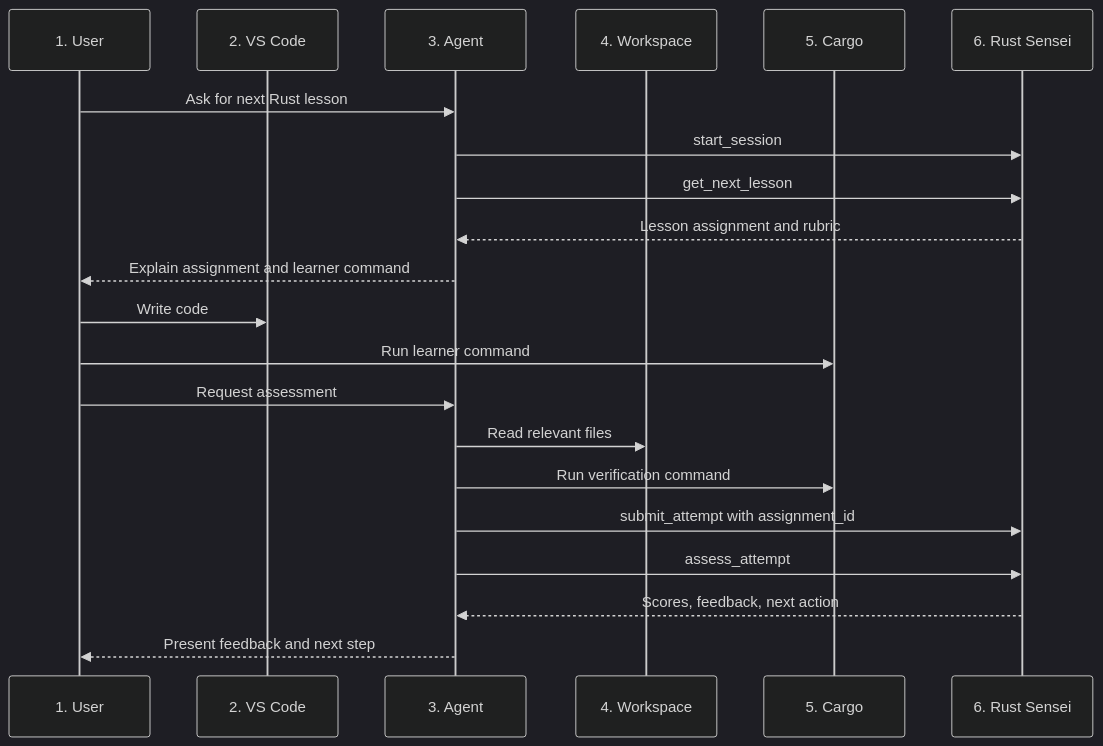
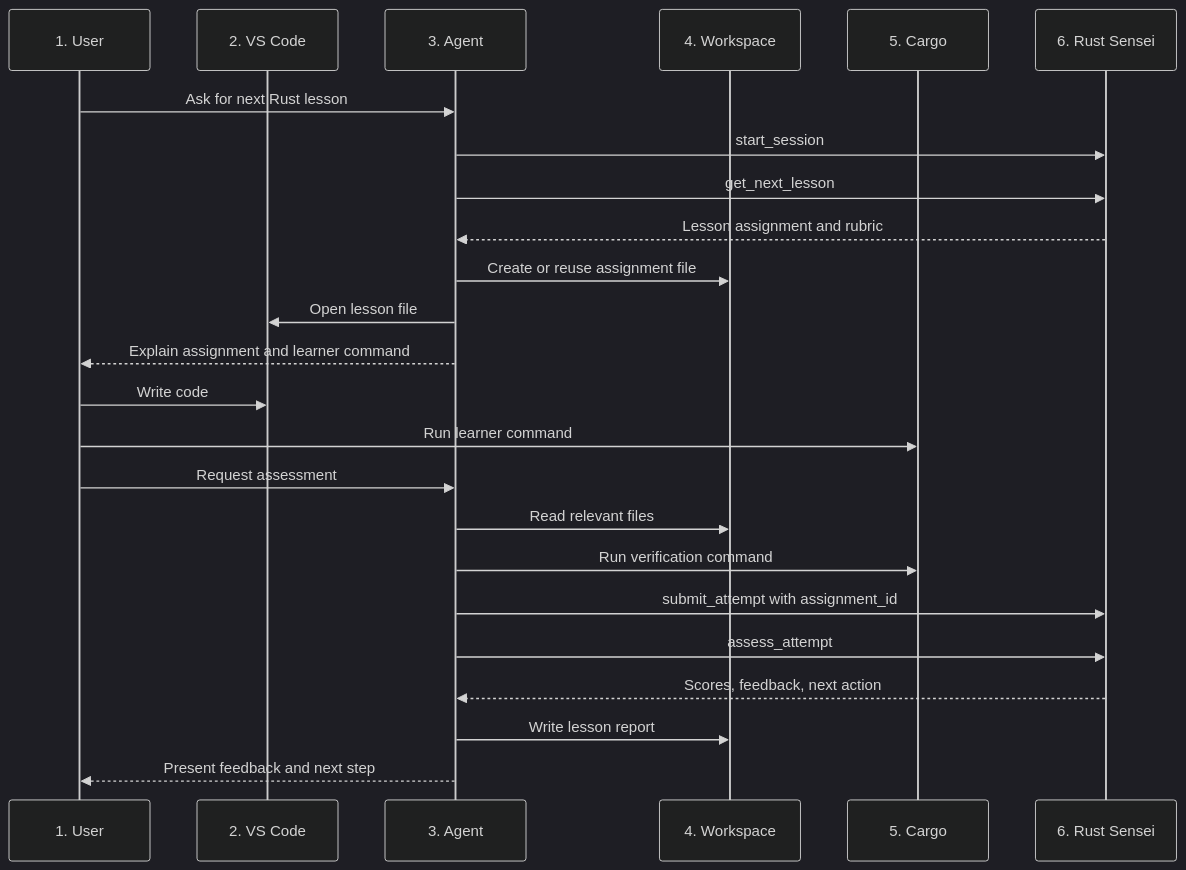
Before and after one commit to melaniesifen/RustSensei: the diagram in docs/lld-ai-agent.md, drawn with Mermaid (dark theme). The commit also changed other lines of this file and 4 other files, not shown here.

````diff
--- a/docs/lld-ai-agent.md
+++ b/docs/lld-ai-agent.md
@@ -218,24 +271,27 @@
 ```mermaid
 sequenceDiagram
     participant U as 1. User
     participant V as 2. VS Code
     participant A as 3. Agent
     participant W as 4. Workspace
     participant C as 5. Cargo
     participant S as 6. Rust Sensei
 
     U->>A: Ask for next Rust lesson
     A->>S: start_session
     A->>S: get_next_lesson
     S-->>A: Lesson assignment and rubric
+    A->>W: Create or reuse assignment file
+    A->>V: Open lesson file
     A-->>U: Explain assignment and learner command
     U->>V: Write code
     U->>C: Run learner command
     U->>A: Request assessment
     A->>W: Read relevant files
     A->>C: Run verification command
     A->>S: submit_attempt with assignment_id
     A->>S: assess_attempt
     S-->>A: Scores, feedback, next action
+    A->>W: Write lesson report
     A-->>U: Present feedback and next step
 ```
````
